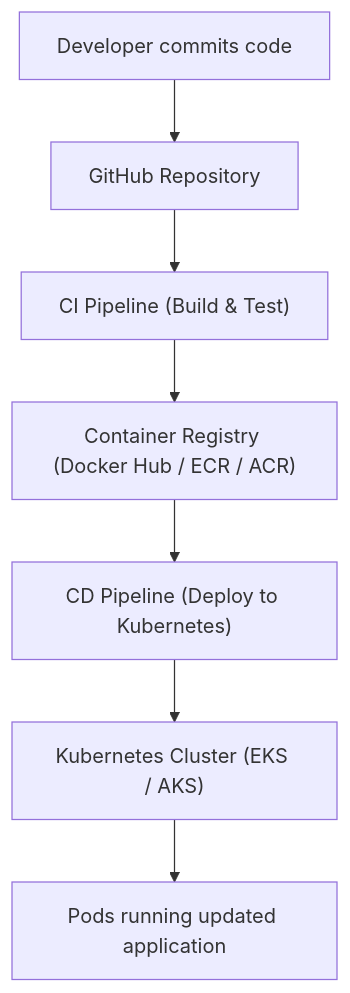
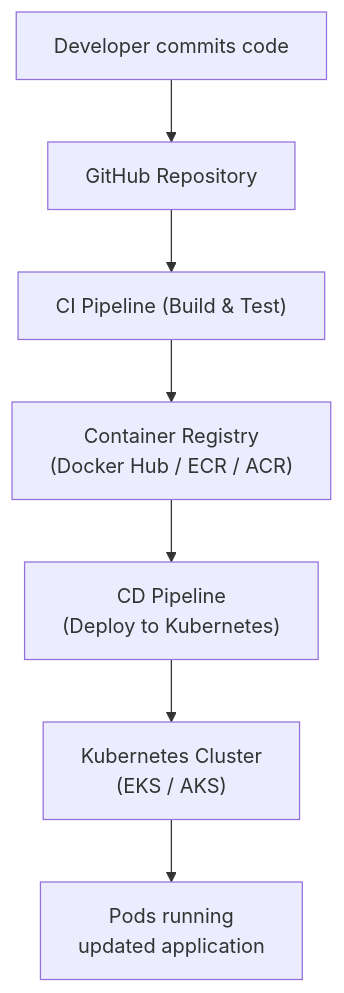
The second of 2 diagrams in README.md (obintui10/kubernetes-multi-cloud-demo), drawn with Mermaid before and after one commit.

````diff
--- a/README.md
+++ b/README.md
@@ -133,9 +133,13 @@
 ```mermaid
 flowchart TD
     Dev["Developer commits code"] --> Repo["GitHub Repository"]
     Repo --> CI["CI Pipeline (Build & Test)"]
-    CI --> Registry["Container Registry (Docker Hub / ECR / ACR)"]
-    Registry --> CD["CD Pipeline (Deploy to Kubernetes)"]
-    CD --> Cluster["Kubernetes Cluster (EKS / AKS)"]
-    Cluster --> Pods["Pods running updated application"]
+    CI --> Registry["Container Registry
+(Docker Hub / ECR / ACR)"]
+    Registry --> CD["CD Pipeline
+(Deploy to Kubernetes)"]
+    CD --> Cluster["Kubernetes Cluster
+(EKS / AKS)"]
+    Cluster --> Pods["Pods running
+updated application"]
 ```
````
